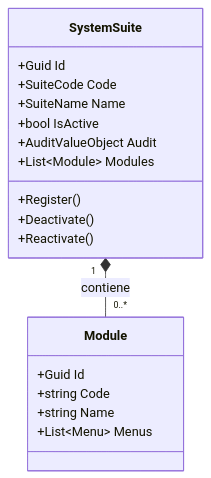
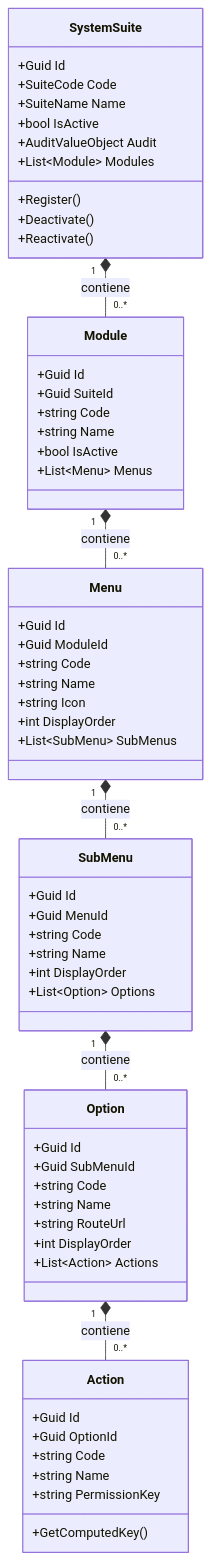
Before and after one commit to beyondnetcode/ums: the first of 4 diagrams in docs/domain-es/authorization/system-suite.md, drawn with Mermaid. The commit also changed other lines of this file and 19 other files, not shown here.

````diff
--- a/docs/domain-es/authorization/system-suite.md
+++ b/docs/domain-es/authorization/system-suite.md
@@ -99,22 +183,63 @@
 ```mermaid
 classDiagram
     direction TB
     class SystemSuite {
         +Guid Id
         +SuiteCode Code
         +SuiteName Name
         +bool IsActive
         +AuditValueObject Audit
         +List~Module~ Modules
         +Register()
         +Deactivate()
         +Reactivate()
     }
     class Module {
         +Guid Id
+        +Guid SuiteId
         +string Code
         +string Name
+        +bool IsActive
         +List~Menu~ Menus
     }
+    class Menu {
+        +Guid Id
+        +Guid ModuleId
+        +string Code
+        +string Name
+        +string Icon
+        +int DisplayOrder
+        +List~SubMenu~ SubMenus
+    }
+    class SubMenu {
+        +Guid Id
+        +Guid MenuId
+        +string Code
+        +string Name
+        +int DisplayOrder
+        +List~Option~ Options
+    }
+    class Option {
+        +Guid Id
+        +Guid SubMenuId
+        +string Code
+        +string Name
+        +string RouteUrl
+        +int DisplayOrder
+        +List~Action~ Actions
+    }
+    class Action {
+        +Guid Id
+        +Guid OptionId
+        +string Code
+        +string Name
+        +string PermissionKey
+        +GetComputedKey()
+    }
+
     SystemSuite "1" *-- "0..*" Module : contiene
+    Module "1" *-- "0..*" Menu : contiene
+    Menu "1" *-- "0..*" SubMenu : contiene
+    SubMenu "1" *-- "0..*" Option : contiene
+    Option "1" *-- "0..*" Action : contiene
 ```
````
